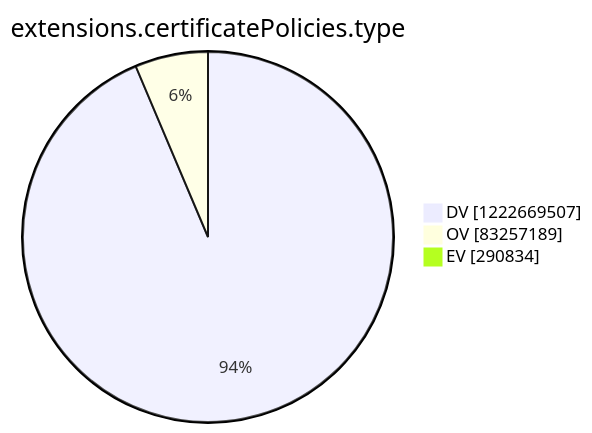
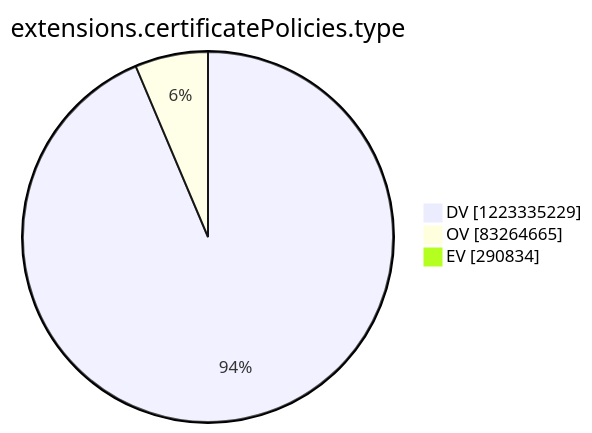
Before and after one commit to christiankrug/ctmonitor_visualization: the tenth of 15 diagrams in argon2022/README.md, drawn with Mermaid. The commit also changed other lines of this file, not shown here.

````diff
--- a/argon2022/README.md
+++ b/argon2022/README.md
@@ -2769,7 +2770,7 @@
 ```mermaid
 pie showData
 title extensions.certificatePolicies.type
-"DV" :1222669507
-"OV" :83257189
+"DV" :1223335229
+"OV" :83264665
 "EV" :290834
 ```
````
